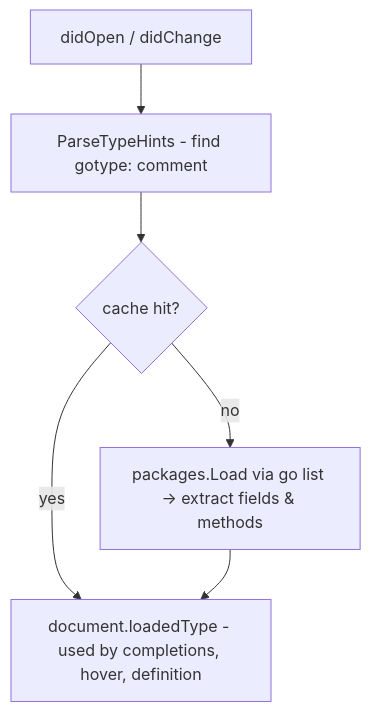
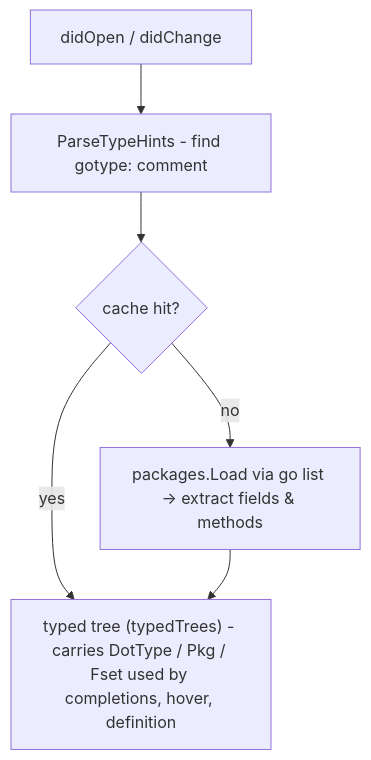
Before and after one commit to allseas/go-template-lsp: the first of 2 diagrams in docs/features/type_hints.md, drawn with Mermaid. The commit also changed other lines of this file and 12 other files, not shown here.

````diff
--- a/docs/features/type_hints.md
+++ b/docs/features/type_hints.md
@@ -20,8 +20,8 @@
 ```mermaid
 flowchart TD
     A["didOpen / didChange"] --> B["ParseTypeHints - find gotype: comment"]
     B --> C{"cache hit?"}
     C -->|yes| E
     C -->|no| D["packages.Load via go list -> extract fields & methods"]
-    D --> E["document.loadedType - used by completions, hover, definition"]
+    D --> E["typed tree (typedTrees) - carries DotType / Pkg / Fset used by completions, hover, definition"]
 ```
````
